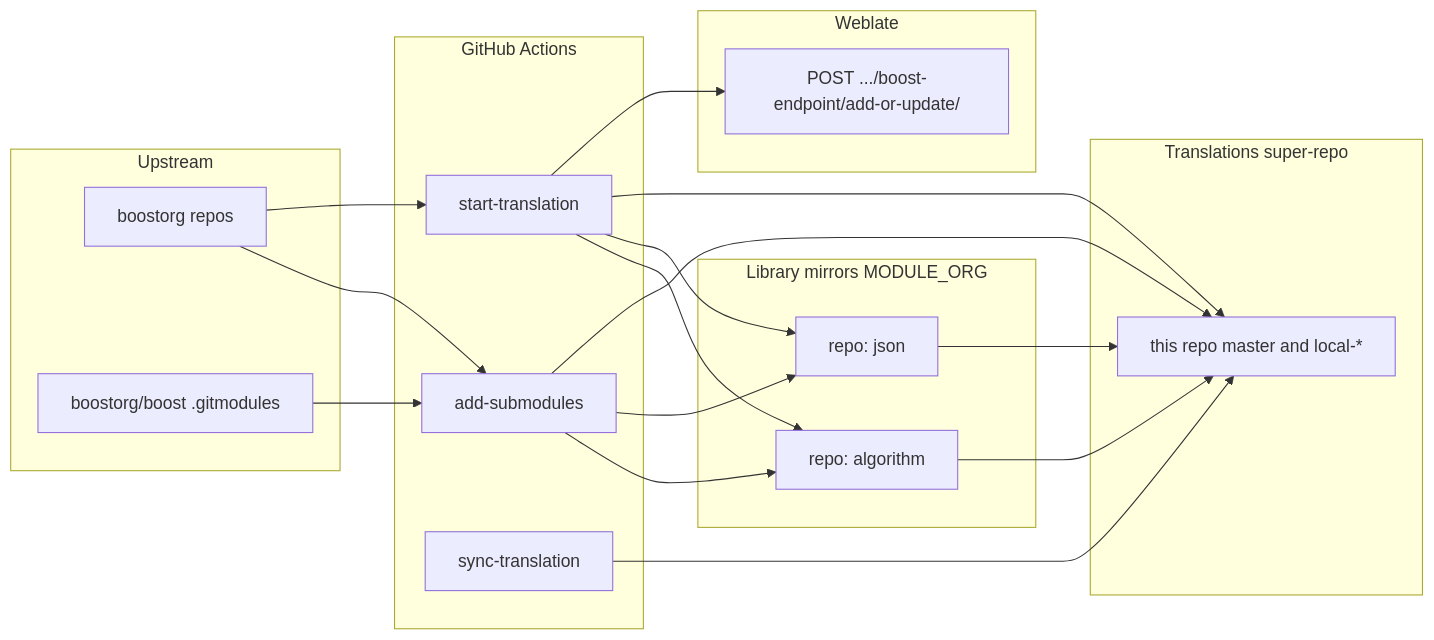
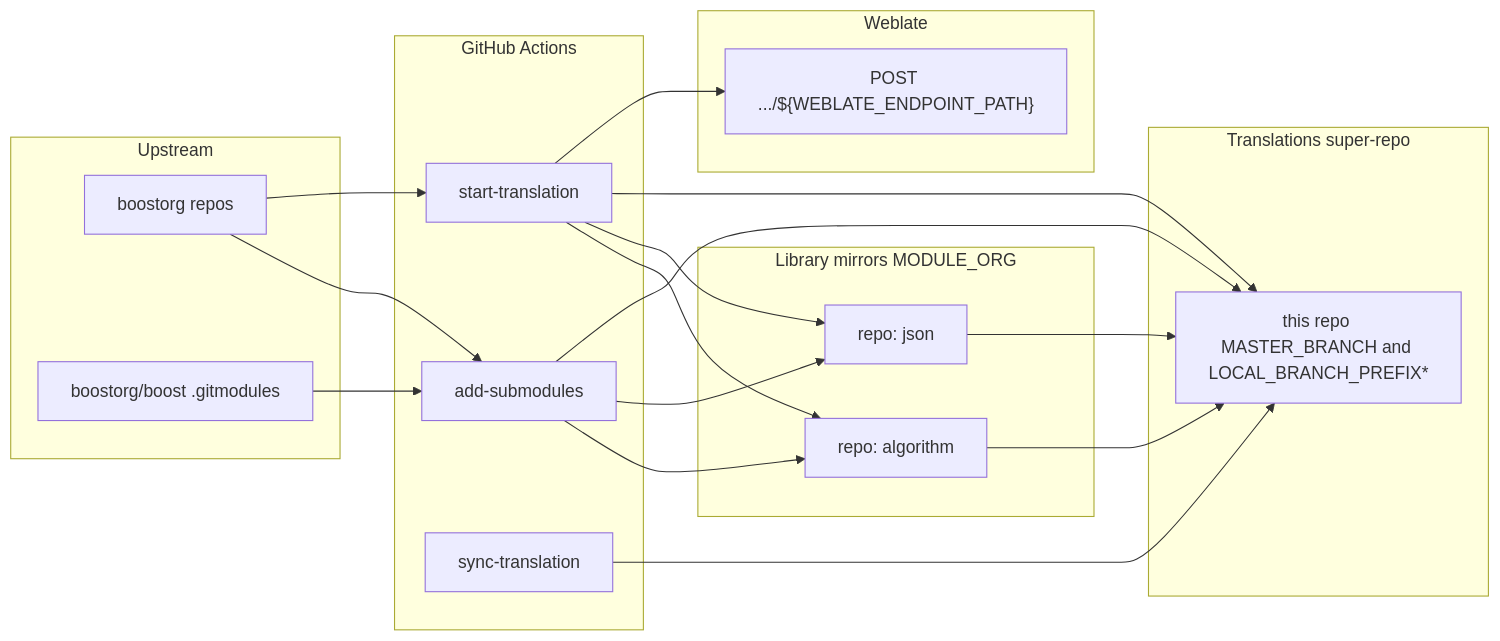
One commit to cppalliance/boost-docs-translation changed the diagram in docs/ARCHITECTURE.md. Above: the diagram before and after it, drawn with Mermaid. The commit also changed other lines of this file and 15 other files, not shown here.

First line of the commit message:
weblate endpoint and branch naming consolidation across 6 files (#27)

````diff
--- a/docs/ARCHITECTURE.md
+++ b/docs/ARCHITECTURE.md
@@ -37,40 +37,40 @@
 ```mermaid
 flowchart LR
   subgraph upstream [Upstream]
     BO[boostorg repos]
     BB[boostorg/boost .gitmodules]
   end
 
   subgraph ci [GitHub Actions]
     AS[add-submodules]
     ST[start-translation]
     SY[sync-translation]
   end
 
   subgraph mirrors [Library mirrors MODULE_ORG]
     M1["repo: algorithm"]
     M2["repo: json"]
   end
 
   subgraph super [Translations super-repo]
-    TR[this repo master and local-*]
+    TR["this repo MASTER_BRANCH and LOCAL_BRANCH_PREFIX*"]
   end
 
   subgraph tw [Weblate]
-    EP["POST .../boost-endpoint/add-or-update/"]
+    EP["POST .../${WEBLATE_ENDPOINT_PATH}"]
   end
 
   BB --> AS
   BO --> AS
   BO --> ST
   AS --> M1
   AS --> M2
   ST --> M1
   ST --> M2
   AS --> TR
   ST --> TR
   ST --> EP
   M1 --> TR
   M2 --> TR
   SY --> TR
 ```
````
